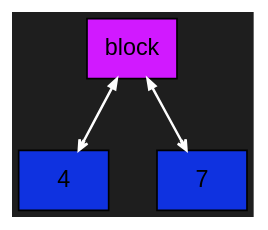
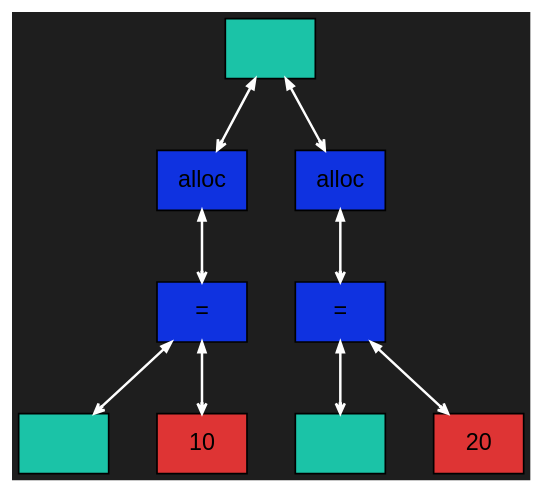
One commit to Kabuto-Mainer/Language changed the diagram in Dump/graph.dot. Above: the diagram before and after it, drawn with Graphviz. The commit also changed 17 other files, not shown here.

```diff
--- a/Dump/graph.dot
+++ b/Dump/graph.dot
@@ -1,15 +1,27 @@
 digraph {
   rankdir=UD;
   bgcolor="#1e1e1e"
   nodesep=0.4;
   ranksep=0.6;
   node [shape=plaintext, style=filled, fontname="Helvetica"];
   edge [arrowhead=vee, arrowsize=0.6, penwidth=1.2];
 
-block_0x7d27627e0040 [shape=box, style=filled, fillcolor="#0f32e0ff", label="4"];
-block_0x7d27627e0090 [shape=box, style=filled, fillcolor="#0f32e0ff", label="7"];
-block_0x7c27627e0090 [shape=box, style=filled, fillcolor="#d119ffff", label="block"];
-block_0x7c27627e0090 -> block_0x7d27627e0040 [color="#fefefeff", penwidth = 1.5, arrowsize = 0.6, constraint = true, dir = both];
-block_0x7c27627e0090 -> block_0x7d27627e0090 [color="#fefefeff", penwidth = 1.5, arrowsize = 0.6, constraint = true, dir = both];
+block_0x7ceaac1e0068 [shape=box, style=filled, fillcolor="#1bc3a7ff", label=""];
+block_0x7ceaac1e00b8 [shape=box, style=filled, fillcolor="#de3434ff", label="10"];
+block_0x7ceaac1e0090 [shape=box, style=filled, fillcolor="#0f32e0ff", label="="];
+block_0x7ceaac1e0040 [shape=box, style=filled, fillcolor="#0f32e0ff", label="alloc"];
+block_0x7ceaac1e0130 [shape=box, style=filled, fillcolor="#1bc3a7ff", label=""];
+block_0x7ceaac1e0180 [shape=box, style=filled, fillcolor="#de3434ff", label="20"];
+block_0x7ceaac1e0158 [shape=box, style=filled, fillcolor="#0f32e0ff", label="="];
+block_0x7ceaac1e0108 [shape=box, style=filled, fillcolor="#0f32e0ff", label="alloc"];
+block_0x7beaac1e0090 [shape=box, style=filled, fillcolor="#1bc3a7ff", label=""];
+block_0x7ceaac1e0090 -> block_0x7ceaac1e0068 [color="#fefefeff", penwidth = 1.5, arrowsize = 0.6, constraint = true, dir = both];
+block_0x7ceaac1e0090 -> block_0x7ceaac1e00b8 [color="#fefefeff", penwidth = 1.5, arrowsize = 0.6, constraint = true, dir = both];
+block_0x7ceaac1e0040 -> block_0x7ceaac1e0090 [color="#fefefeff", penwidth = 1.5, arrowsize = 0.6, constraint = true, dir = both];
+block_0x7ceaac1e0158 -> block_0x7ceaac1e0130 [color="#fefefeff", penwidth = 1.5, arrowsize = 0.6, constraint = true, dir = both];
+block_0x7ceaac1e0158 -> block_0x7ceaac1e0180 [color="#fefefeff", penwidth = 1.5, arrowsize = 0.6, constraint = true, dir = both];
+block_0x7ceaac1e0108 -> block_0x7ceaac1e0158 [color="#fefefeff", penwidth = 1.5, arrowsize = 0.6, constraint = true, dir = both];
+block_0x7beaac1e0090 -> block_0x7ceaac1e0040 [color="#fefefeff", penwidth = 1.5, arrowsize = 0.6, constraint = true, dir = both];
+block_0x7beaac1e0090 -> block_0x7ceaac1e0108 [color="#fefefeff", penwidth = 1.5, arrowsize = 0.6, constraint = true, dir = both];
 
 }
```
